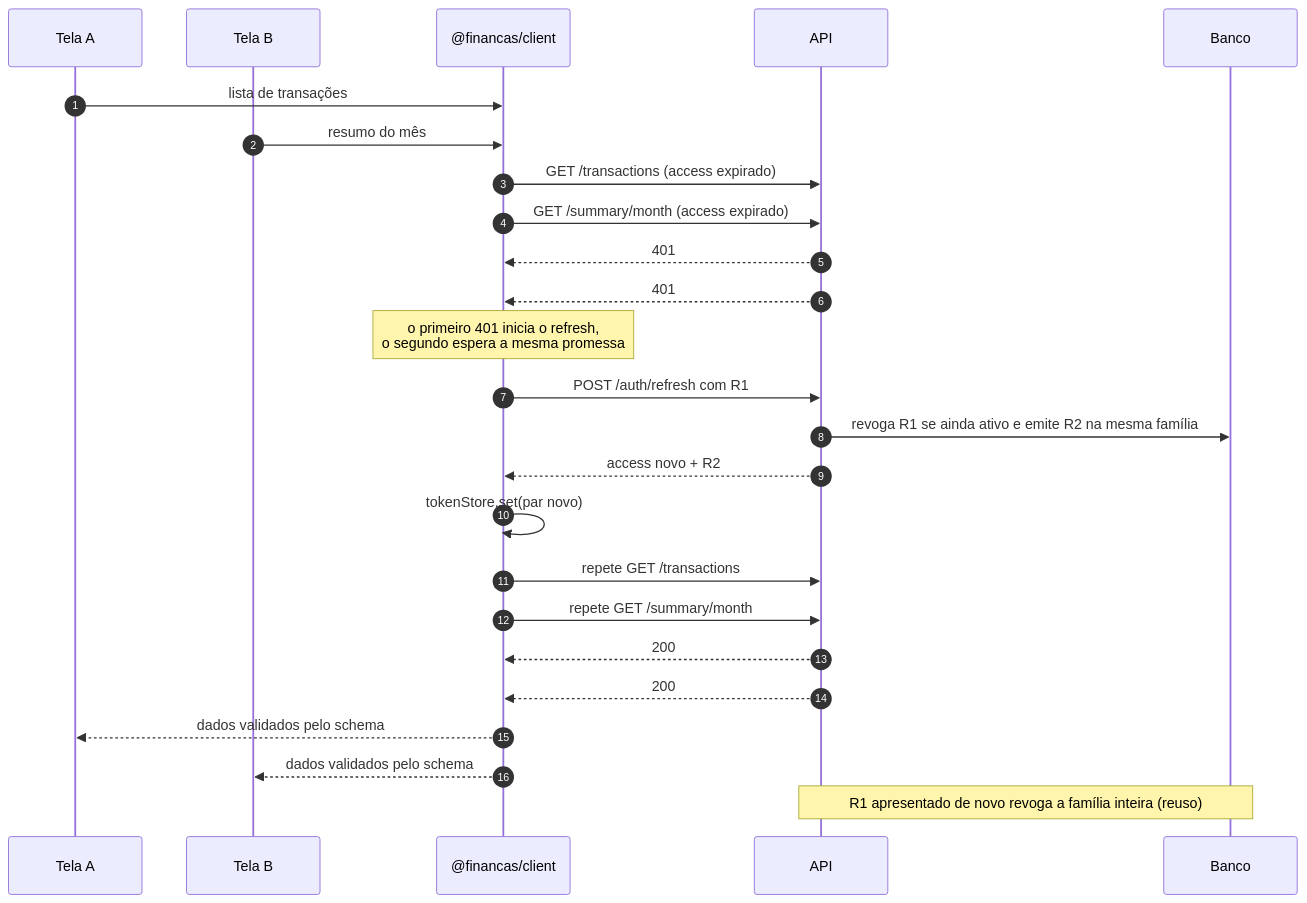
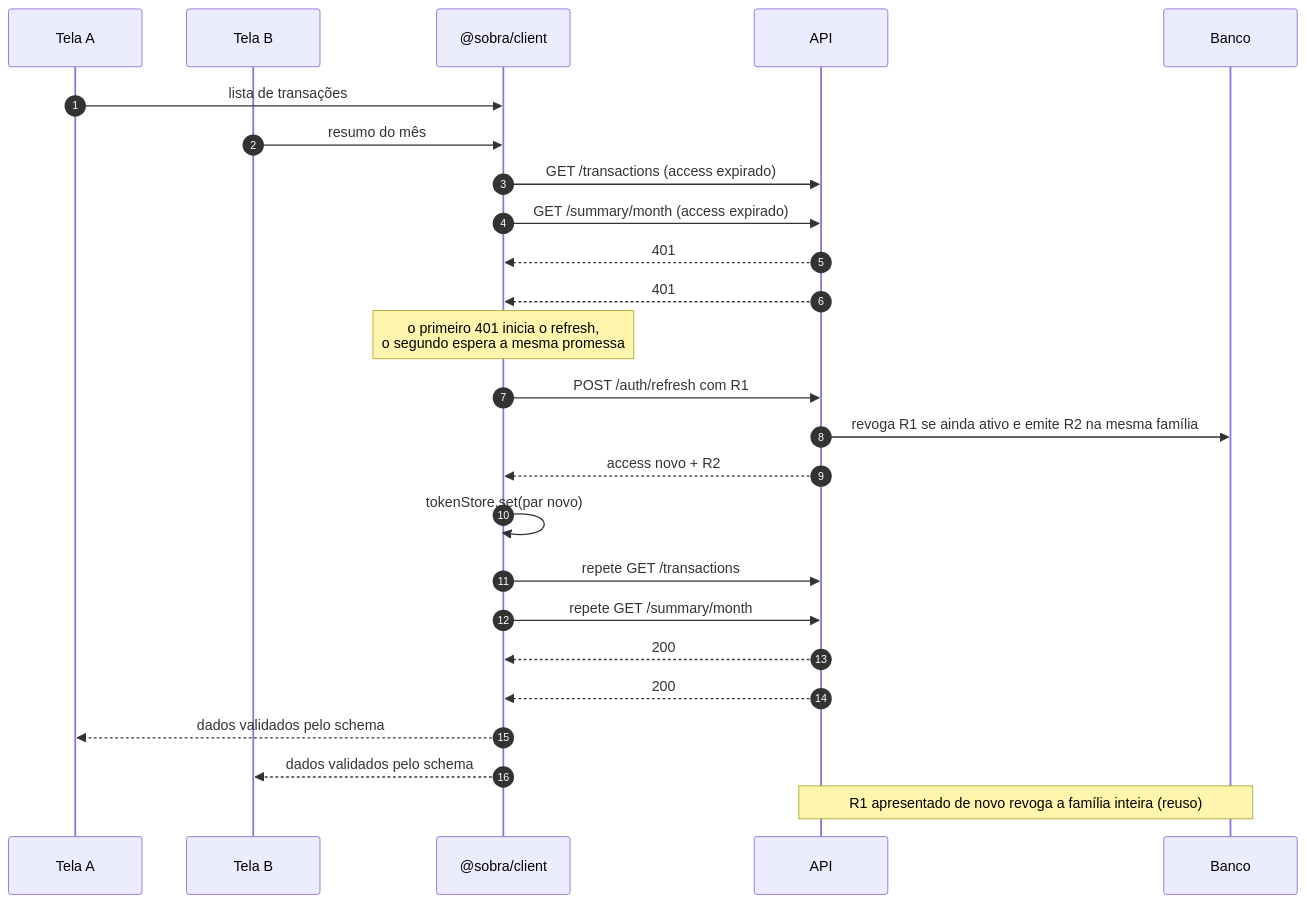
The second of 2 diagrams in README.md (Felixdario/Sobra), drawn with Mermaid before and after one commit. The commit also changed other lines of this file and 185 other files, not shown here.

First line of the commit message:
chore: rename project from financas to sobra

````diff
--- a/README.md
+++ b/README.md
@@ -149,28 +149,28 @@
 ```mermaid
 sequenceDiagram
   autonumber
   participant A as Tela A
   participant B as Tela B
-  participant C as @financas/client
+  participant C as @sobra/client
   participant API as API
   participant DB as Banco
 
   A->>C: lista de transações
   B->>C: resumo do mês
   C->>API: GET /transactions (access expirado)
   C->>API: GET /summary/month (access expirado)
   API-->>C: 401
   API-->>C: 401
   Note over C: o primeiro 401 inicia o refresh,<br/>o segundo espera a mesma promessa
   C->>API: POST /auth/refresh com R1
   API->>DB: revoga R1 se ainda ativo e emite R2 na mesma família
   API-->>C: access novo + R2
   C->>C: tokenStore.set(par novo)
   C->>API: repete GET /transactions
   C->>API: repete GET /summary/month
   API-->>C: 200
   API-->>C: 200
   C-->>A: dados validados pelo schema
   C-->>B: dados validados pelo schema
   Note over API,DB: R1 apresentado de novo revoga a família inteira (reuso)
 ```
````
